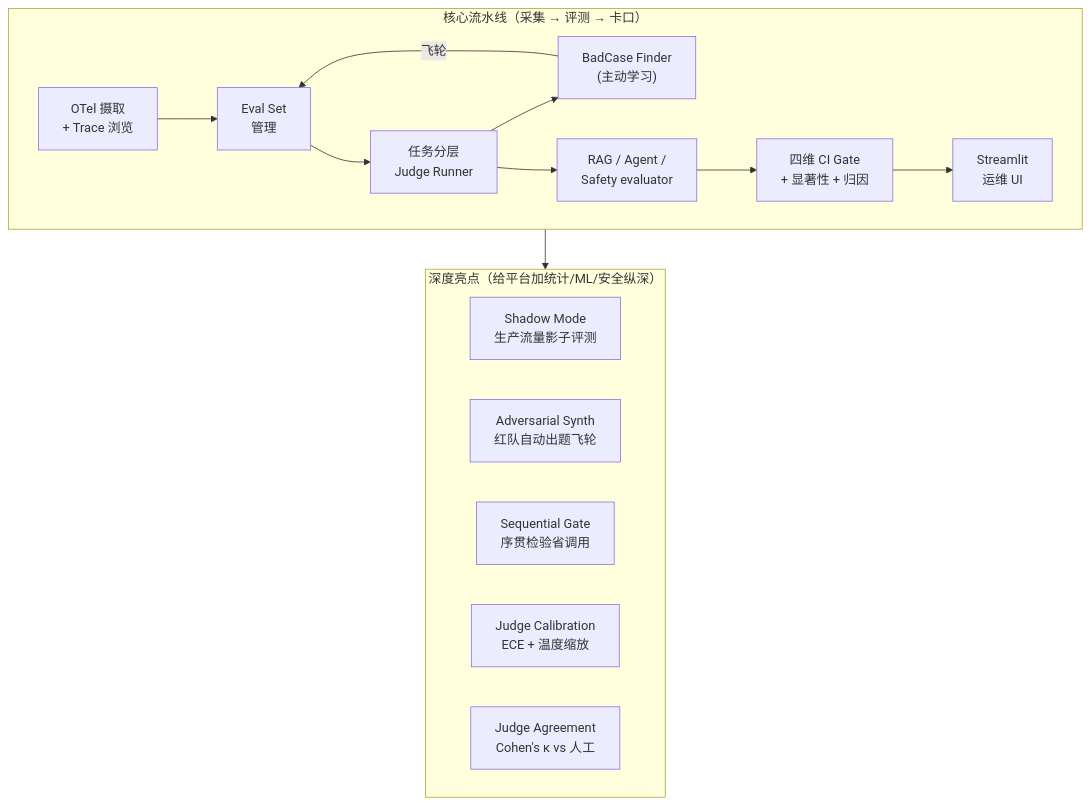
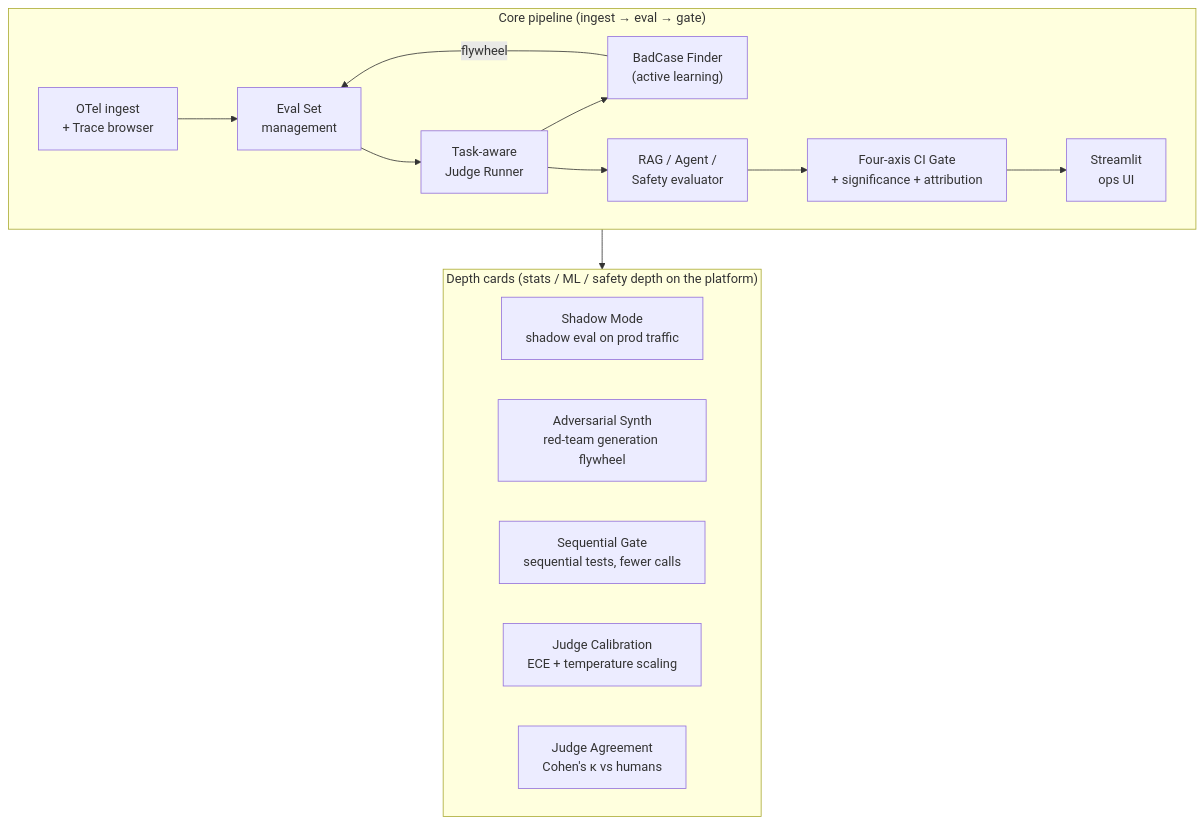
The second of 7 diagrams in README.md (AndyUneducated/eval-gate), drawn with Mermaid before and after one commit. The commit also changed other lines of this file and 22 other files, not shown here.

````diff
--- a/README.md
+++ b/README.md
@@ -74,22 +74,22 @@
 ```mermaid
 flowchart TB
-    subgraph core["核心流水线（采集 → 评测 → 卡口）"]
+    subgraph core["Core pipeline (ingest → eval → gate)"]
         direction LR
-        IN["OTel 摄取<br/>+ Trace 浏览"] --> ES["Eval Set<br/>管理"]
-        ES --> JR["任务分层<br/>Judge Runner"]
-        JR --> BF["BadCase Finder<br/>(主动学习)"]
+        IN["OTel ingest<br/>+ Trace browser"] --> ES["Eval Set<br/>management"]
+        ES --> JR["Task-aware<br/>Judge Runner"]
+        JR --> BF["BadCase Finder<br/>(active learning)"]
         JR --> EV["RAG / Agent /<br/>Safety evaluator"]
-        EV --> GT["四维 CI Gate<br/>+ 显著性 + 归因"]
-        BF -->|"飞轮"| ES
-        GT --> UIX["Streamlit<br/>运维 UI"]
+        EV --> GT["Four-axis CI Gate<br/>+ significance + attribution"]
+        BF -->|"flywheel"| ES
+        GT --> UIX["Streamlit<br/>ops UI"]
     end
-    subgraph hl["深度亮点（给平台加统计/ML/安全纵深）"]
+    subgraph hl["Depth cards (stats / ML / safety depth on the platform)"]
         direction LR
-        SH["Shadow Mode<br/>生产流量影子评测"]
-        AD["Adversarial Synth<br/>红队自动出题飞轮"]
-        SQ["Sequential Gate<br/>序贯检验省调用"]
-        CA["Judge Calibration<br/>ECE + 温度缩放"]
-        KA["Judge Agreement<br/>Cohen's κ vs 人工"]
+        SH["Shadow Mode<br/>shadow eval on prod traffic"]
+        AD["Adversarial Synth<br/>red-team generation flywheel"]
+        SQ["Sequential Gate<br/>sequential tests, fewer calls"]
+        CA["Judge Calibration<br/>ECE + temperature scaling"]
+        KA["Judge Agreement<br/>Cohen's κ vs humans"]
     end
     core --> hl
 ```
````
